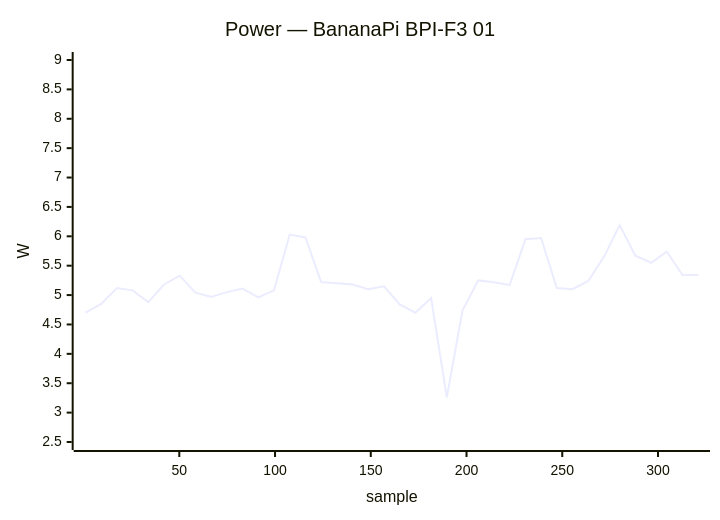
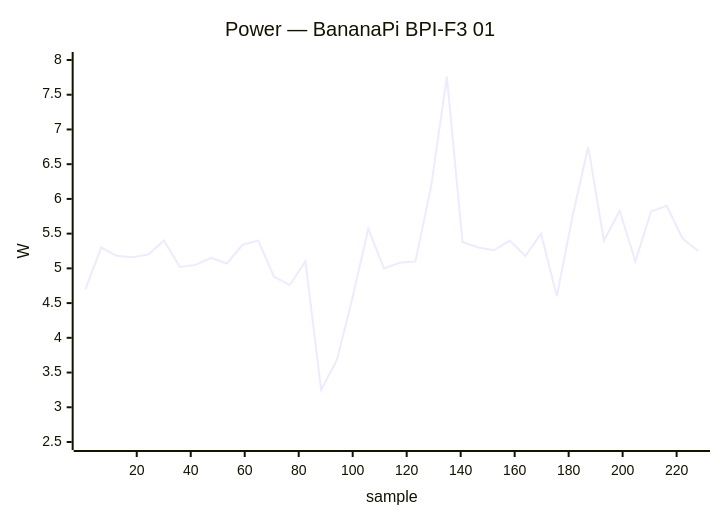
Diagram 13 of 34 in docs/status/board-tests.md (armbian/documentation), drawn with Mermaid before and after one commit. The commit also changed other lines of this file, not shown here.

````diff
--- a/docs/status/board-tests.md
+++ b/docs/status/board-tests.md
@@ -619,7 +601,7 @@
 ```mermaid
 xychart-beta
     title "Power — BananaPi BPI-F3 01"
-    x-axis "sample" 1 --> 321
-    y-axis "W" 2.5 --> 9.0
-    line [4.70, 4.85, 5.12, 5.08, 4.88, 5.18, 5.33, 5.04, 4.97, 5.05, 5.11, 4.96, 5.08, 6.03, 5.98, 5.22, 5.20, 5.18, 5.10, 5.15, 4.84, 4.70, 4.95, 3.26, 4.74, 5.25, 5.22, 5.17, 5.95, 5.97, 5.12, 5.10, 5.24, 5.65, 6.19, 5.67, 5.55, 5.74, 5.34, 5.34]
+    x-axis "sample" 1 --> 228
+    y-axis "W" 2.5 --> 8.0
+    line [4.70, 5.30, 5.18, 5.16, 5.20, 5.40, 5.02, 5.05, 5.15, 5.07, 5.34, 5.40, 4.88, 4.76, 5.10, 3.25, 3.68, 4.58, 5.57, 5.00, 5.08, 5.10, 6.18, 7.76, 5.38, 5.30, 5.26, 5.40, 5.18, 5.50, 4.60, 5.75, 6.75, 5.40, 5.83, 5.10, 5.82, 5.90, 5.43, 5.25]
 ```
````
